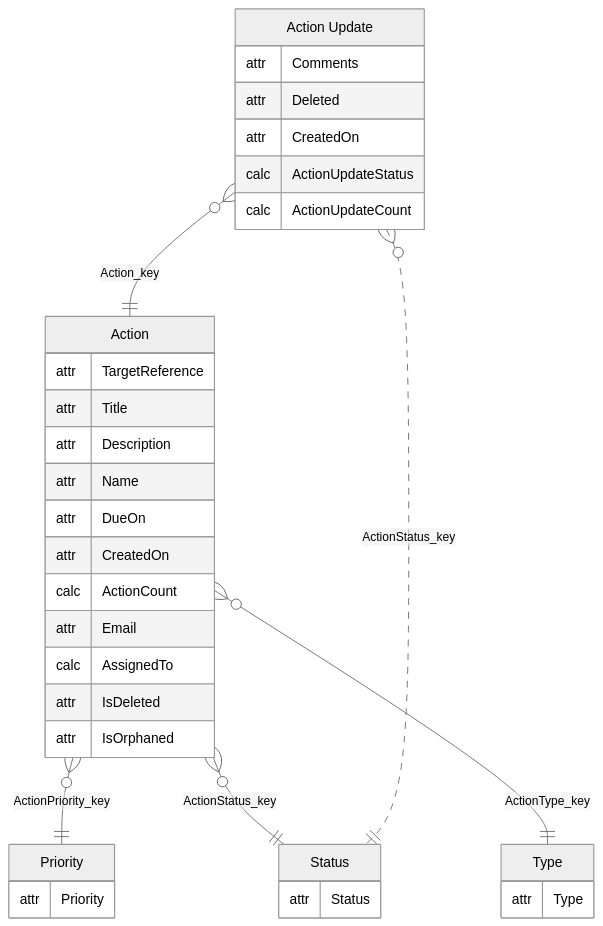
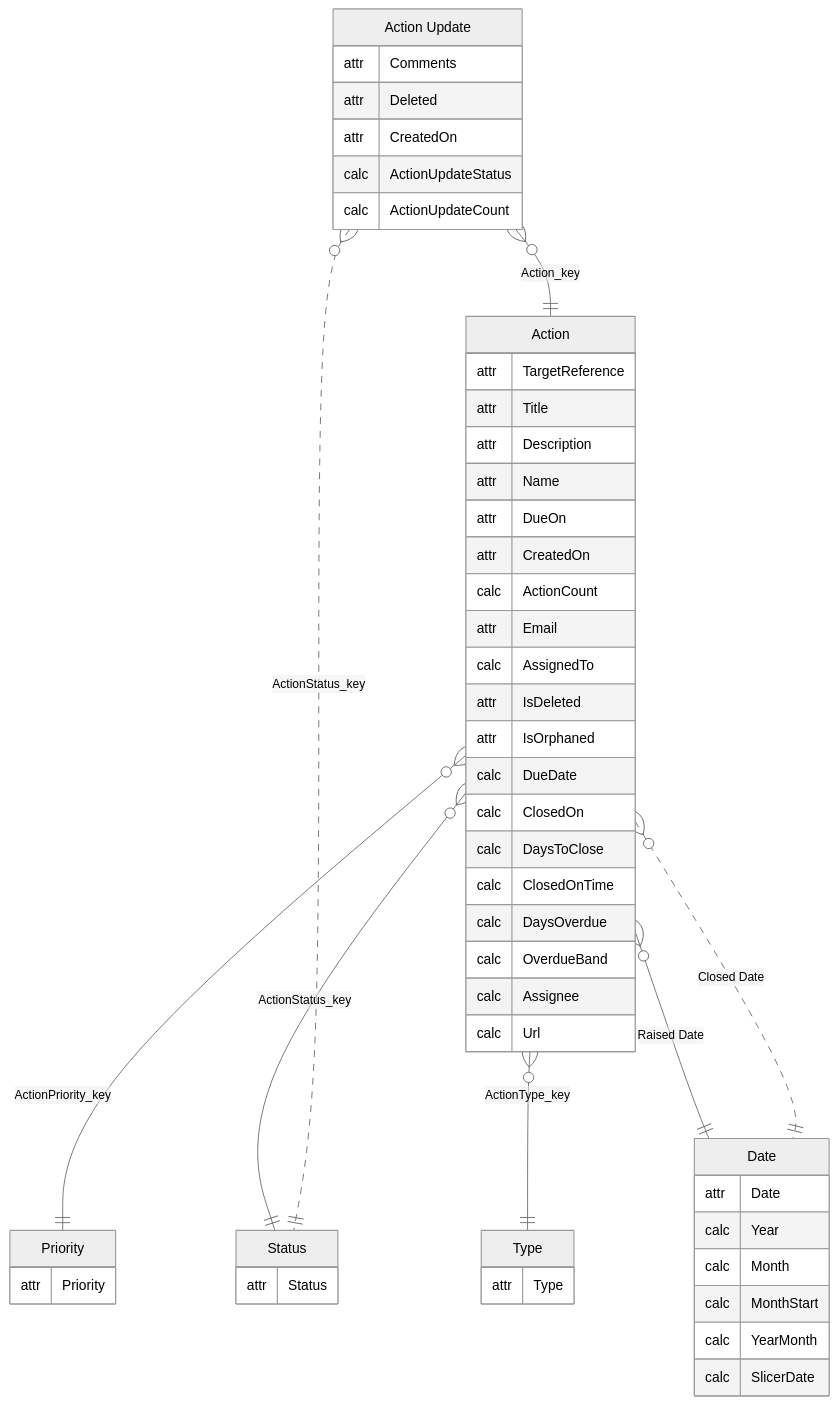
Before and after one commit to work-wallet/BIClient: the first of 2 diagrams in PowerBISamplesModels/Actions.md, drawn with Mermaid. The commit also changed other lines of this file and 816 other files, not shown here.

````diff
--- a/PowerBISamplesModels/Actions.md
+++ b/PowerBISamplesModels/Actions.md
@@ -7,41 +7,59 @@
 ```mermaid
 ---
 config:
   theme: neutral
 ---
 erDiagram
     "Action" {
         attr TargetReference
         attr Title
         attr Description
         attr Name
         attr DueOn
         attr CreatedOn
         calc ActionCount
         attr Email
         calc AssignedTo
         attr IsDeleted
         attr IsOrphaned
+        calc DueDate
+        calc ClosedOn
+        calc DaysToClose
+        calc ClosedOnTime
+        calc DaysOverdue
+        calc OverdueBand
+        calc Assignee
+        calc Url
     }
     "Priority" {
         attr Priority
     }
     "Status" {
         attr Status
     }
     "Type" {
         attr Type
     }
     "Action Update" {
         attr Comments
         attr Deleted
         attr CreatedOn
         calc ActionUpdateStatus
         calc ActionUpdateCount
     }
+    "Date" {
+        attr Date
+        calc Year
+        calc Month
+        calc MonthStart
+        calc YearMonth
+        calc SlicerDate
+    }
     "Action" }o--|| "Priority" : "ActionPriority_key"
     "Action" }o--|| "Status" : "ActionStatus_key"
     "Action" }o--|| "Type" : "ActionType_key"
     "Action Update" }o--|| "Action" : "Action_key"
     "Action Update" }o..|| "Status" : "ActionStatus_key"
+    "Action" }o--|| "Date" : "Raised Date"
+    "Action" }o..|| "Date" : "Closed Date"
 ```
````
